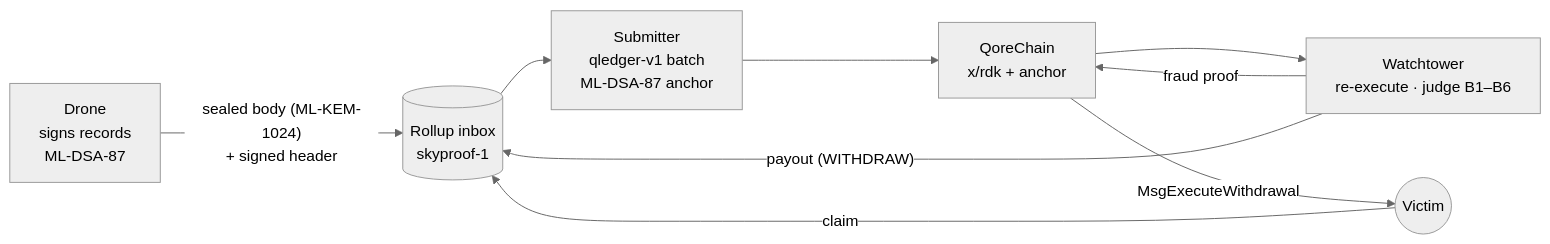
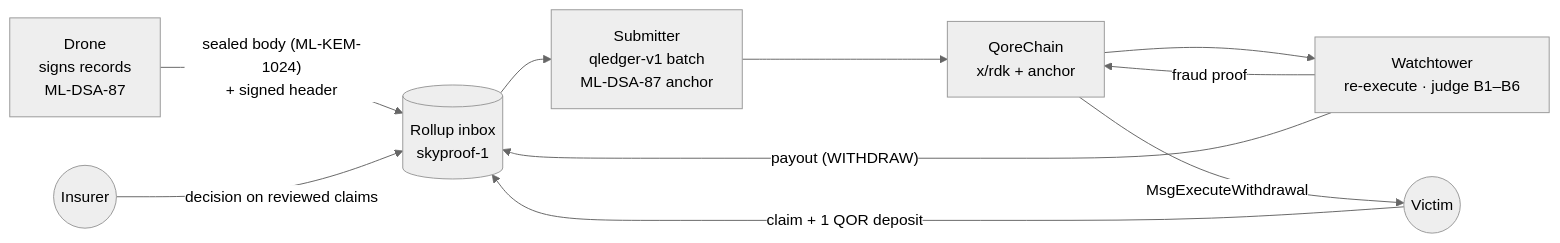
Before and after one commit to ponram06/skyproof-qorex: the diagram in README.md, drawn with Mermaid (neutral theme). The commit also changed other lines of this file and 2 other files, not shown here.

Commit message:
docs: claim deposit, insurer review, operator console and the guided demo

````diff
--- a/README.md
+++ b/README.md
@@ -13,11 +13,12 @@
 ```mermaid
 flowchart LR
   D["Drone<br/>signs records<br/>ML-DSA-87"] -->|"sealed body (ML-KEM-1024)<br/>+ signed header"| I[("Rollup inbox<br/>skyproof-1")]
-  V(("Victim")) -->|claim| I
+  V(("Victim")) -->|"claim + 1 QOR deposit"| I
+  N(("Insurer")) -->|"decision on reviewed claims"| I
   I --> S["Submitter<br/>qledger-v1 batch<br/>ML-DSA-87 anchor"]
   S --> Q["QoreChain<br/>x/rdk + anchor"]
   Q --> W["Watchtower<br/>re-execute · judge B1–B6"]
   W -->|"fraud proof"| Q
   W -->|"payout (WITHDRAW)"| I
   Q -->|"MsgExecuteWithdrawal"| V
 ```
````
